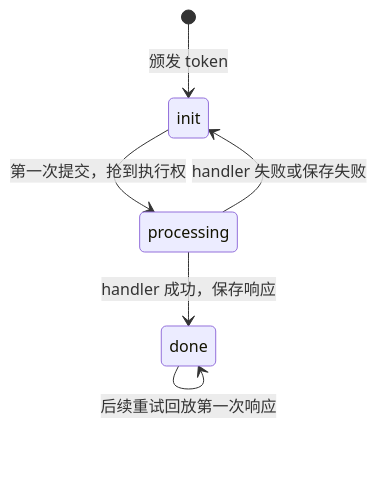
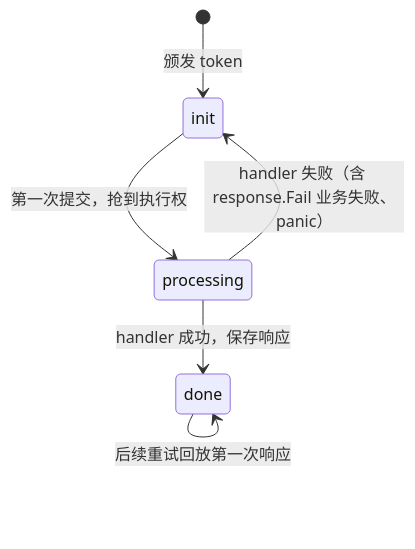
The second of 3 diagrams in docs/lecture/03-payment-down.md (RedInn7/gomall), drawn with Mermaid before and after one commit. The commit also changed other lines of this file and 4 other files, not shown here.

````diff
--- a/docs/lecture/03-payment-down.md
+++ b/docs/lecture/03-payment-down.md
@@ -150,8 +150,8 @@
 ```mermaid
 stateDiagram-v2
     [*] --> init: 颁发 token
     init --> processing: 第一次提交，抢到执行权
     processing --> done: handler 成功，保存响应
-    processing --> init: handler 失败或保存失败
+    processing --> init: handler 失败（含 response.Fail 业务失败、panic）
     done --> done: 后续重试回放第一次响应
 ```
````
